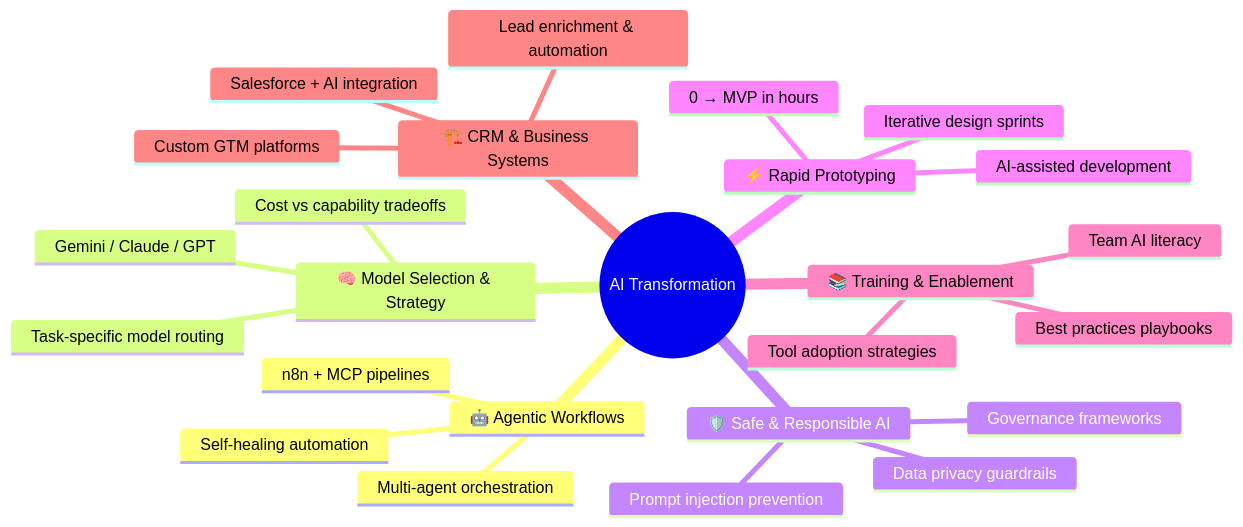
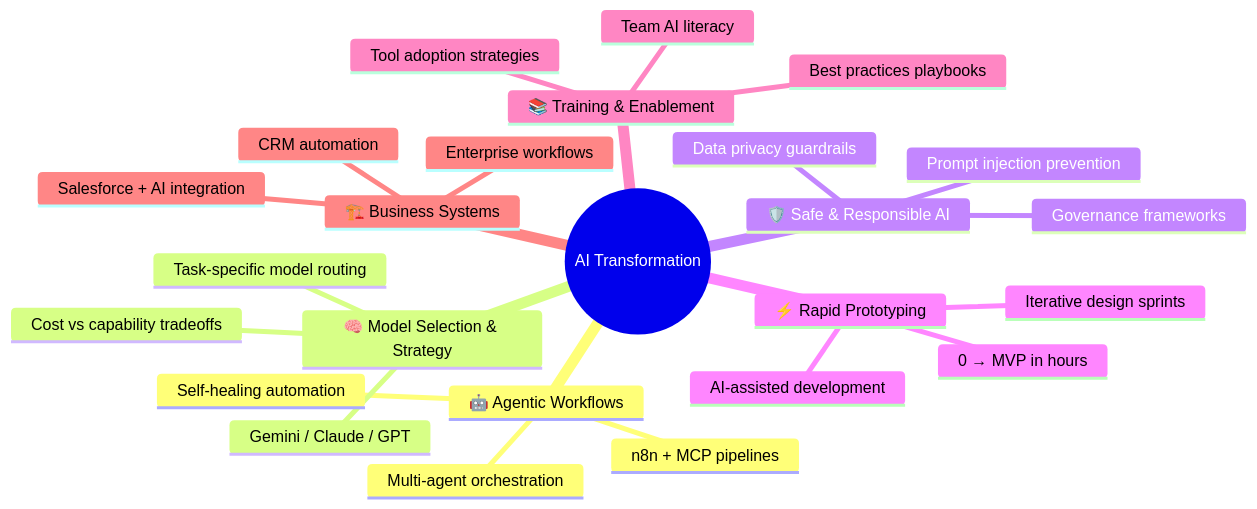
The diagram in README.md (deepakaju96-cmyk/deepakaju96-cmyk), drawn with Mermaid before and after one commit. The commit also changed other lines of this file, not shown here.

Commit message:
fix: separate GTM CRM as personal project, not Axle work

````diff
--- a/README.md
+++ b/README.md
@@ -36,28 +36,28 @@
 ```mermaid
 mindmap
   root((AI Transformation))
     🤖 Agentic Workflows
       Self-healing automation
       Multi-agent orchestration
       n8n + MCP pipelines
     🧠 Model Selection & Strategy
       Gemini / Claude / GPT
       Cost vs capability tradeoffs
       Task-specific model routing
     🛡️ Safe & Responsible AI
       Governance frameworks
       Data privacy guardrails
       Prompt injection prevention
     ⚡ Rapid Prototyping
       0 → MVP in hours
       AI-assisted development
       Iterative design sprints
     📚 Training & Enablement
       Team AI literacy
       Best practices playbooks
       Tool adoption strategies
-    🏗️ CRM & Business Systems
+    🏗️ Business Systems
       Salesforce + AI integration
-      Custom GTM platforms
-      Lead enrichment & automation
+      CRM automation
+      Enterprise workflows
 ```
````
